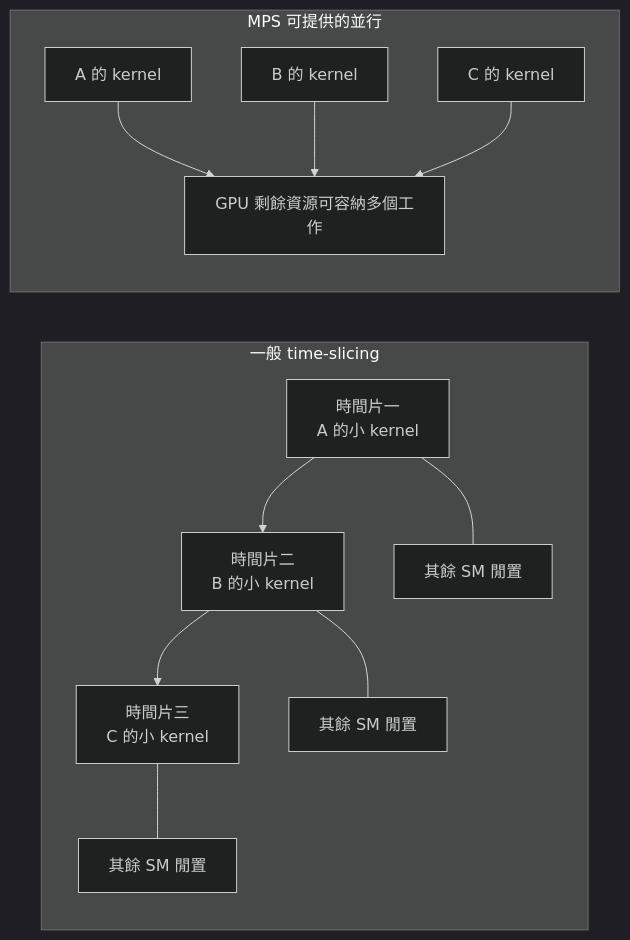
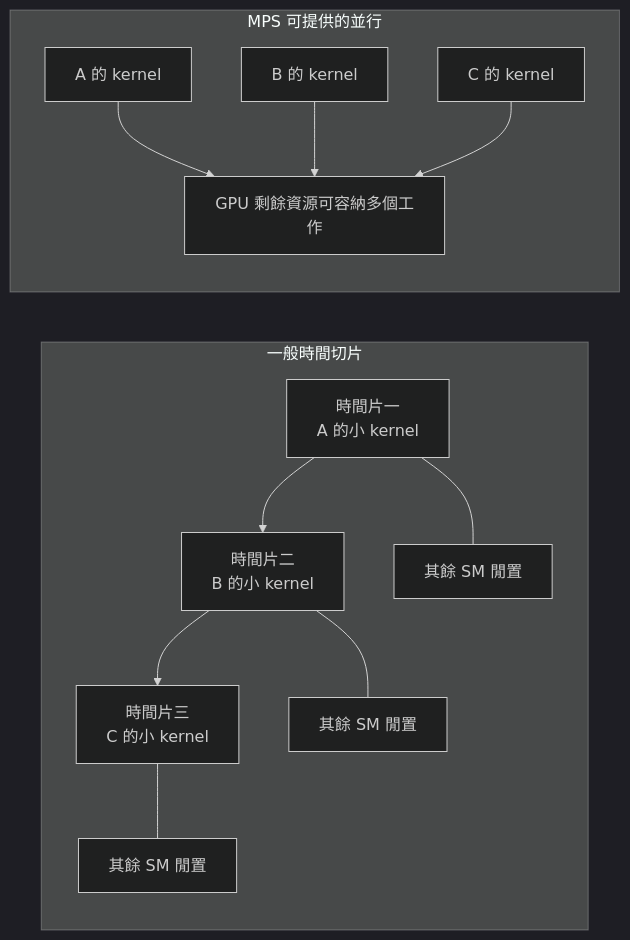
One commit to Daniel77871/dra-gpu-sharing-in-practice changed the first of 4 diagrams in book/04-isolation/mps.md. Above: the diagram before and after it, drawn with Mermaid (dark theme). The commit also changed other lines of this file and 28 other files, not shown here.

````diff
--- a/book/04-isolation/mps.md
+++ b/book/04-isolation/mps.md
@@ -15,15 +15,15 @@
 ```mermaid
 flowchart LR
-  subgraph T["一般 time-slicing"]
+  subgraph T["一般時間切片"]
     T1["時間片一<br/>A 的小 kernel"] --> T2["時間片二<br/>B 的小 kernel"]
     T2 --> T3["時間片三<br/>C 的小 kernel"]
     T1 --- I1["其餘 SM 閒置"]
     T2 --- I2["其餘 SM 閒置"]
     T3 --- I3["其餘 SM 閒置"]
   end
   subgraph M["MPS 可提供的並行"]
     A["A 的 kernel"] --> G["GPU 剩餘資源可容納多個工作"]
     B["B 的 kernel"] --> G
     C["C 的 kernel"] --> G
   end
 ```
````
